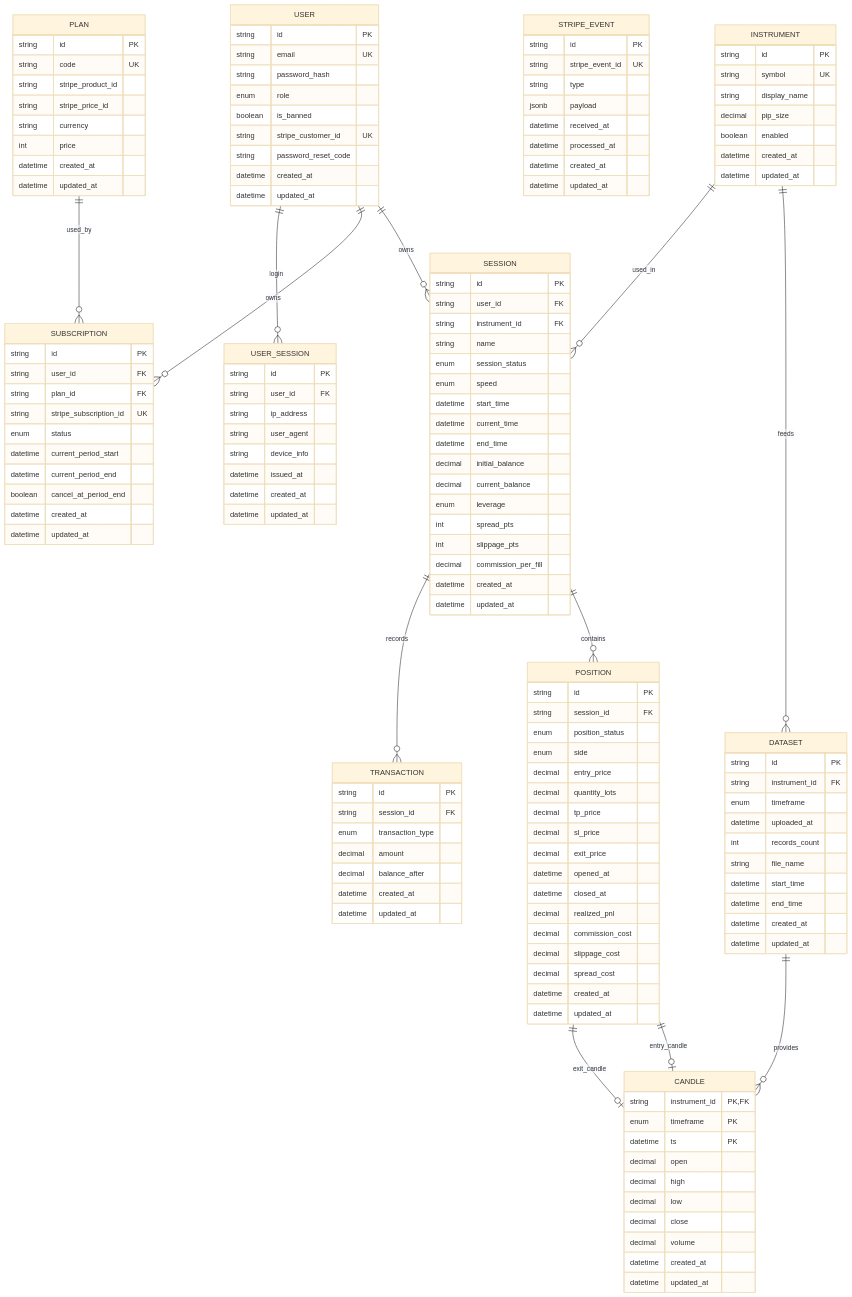
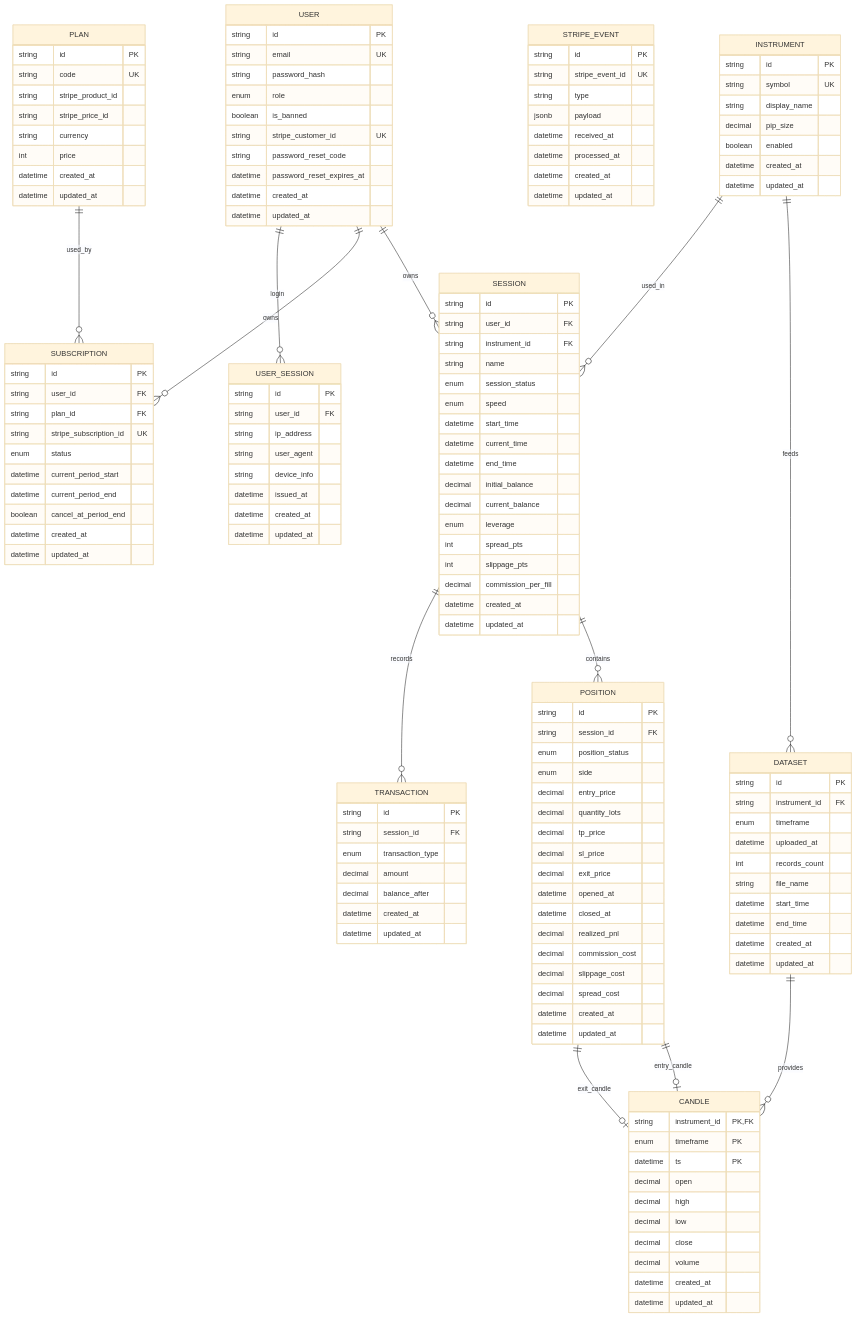
One commit to DamienReichhart/BackTrade changed the diagram in documentation/db/er-diagram.mmd. Above: the diagram before and after it, drawn with Mermaid (base theme). The commit also changed 18 other files, not shown here.

Commit message:
feat(api): add new password reset feature, send an email with the code, the user put the code and rese his password

```diff
--- a/documentation/db/er-diagram.mmd
+++ b/documentation/db/er-diagram.mmd
@@ -1,170 +1,171 @@
 erDiagram
     %% =========================
     %% ENUMS (defined in code)
     %% =========================
     %% role: ANONYMOUS | ADMIN
     %% session_status: RUNNING | PAUSED | ARCHIVED
     %% position_status: OPEN | CLOSED | LIQUIDATED
     %% timeframe: M1 | M5 | M10 | M15 | M30 | H1 | H2 | H4 | D1 | W1
     %% side: BUY | SELL
     %% speed: 0.5x | 1x | 2x | 3x | 5x | 10x | 15x
     %% leverage: 1x | 50x | 100x | 200x | 500x | 1000x
     %% transaction_type: DEPOSIT | WITHDRAWAL | COMMISSION | PNL | SLIPPAGE | SPREAD | ADJUSTMENT
 
     USER {
       string id PK
       string email UK
       string password_hash
       enum role
       boolean is_banned
       string stripe_customer_id UK
       string password_reset_code
+      datetime password_reset_expires_at
       datetime created_at
       datetime updated_at
     }
 
     USER_SESSION {
       string id PK
       string user_id FK
       string ip_address
       string user_agent
       string device_info
       datetime issued_at
       datetime created_at
       datetime updated_at
     }
 
     PLAN {
       string id PK
       string code UK
       string stripe_product_id
       string stripe_price_id
       string currency
       int price
       datetime created_at
       datetime updated_at
     }
 
     SUBSCRIPTION {
       string id PK
       string user_id FK
       string plan_id FK
       string stripe_subscription_id UK
       enum status
       datetime current_period_start
       datetime current_period_end
       boolean cancel_at_period_end
       datetime created_at
       datetime updated_at
     }
 
     STRIPE_EVENT {
       string id PK
       string stripe_event_id UK
       string type
       jsonb payload
       datetime received_at
       datetime processed_at
       datetime created_at
       datetime updated_at
     }
 
     INSTRUMENT {
       string id PK
       string symbol UK
       string display_name
       decimal pip_size
       boolean enabled
       datetime created_at
       datetime updated_at
     }
 
     DATASET {
       string id PK
       string instrument_id FK
       enum timeframe
       datetime uploaded_at
       int records_count
       string file_name
       datetime start_time
       datetime end_time
       datetime created_at
       datetime updated_at
     }
 
     CANDLE {
       string instrument_id PK, FK
       enum timeframe PK
       datetime ts PK
       decimal open
       decimal high
       decimal low
       decimal close
       decimal volume
       datetime created_at
       datetime updated_at
     }
 
     SESSION {
       string id PK
       string user_id FK
       string instrument_id FK
       string name
       enum session_status
       enum speed
       datetime start_time
       datetime current_time
       datetime end_time
       decimal initial_balance
       decimal current_balance
       enum leverage
       int spread_pts
       int slippage_pts
       decimal commission_per_fill
       datetime created_at
       datetime updated_at
     }
 
     POSITION {
       string id PK
       string session_id FK
       enum position_status
       enum side
       decimal entry_price
       decimal quantity_lots
       decimal tp_price
       decimal sl_price
       decimal exit_price
       datetime opened_at
       datetime closed_at
       decimal realized_pnl
       decimal commission_cost
       decimal slippage_cost
       decimal spread_cost
       datetime created_at
       datetime updated_at
     }
 
     TRANSACTION {
       string id PK
       string session_id FK
       enum transaction_type
       decimal amount
       decimal balance_after
       datetime created_at
       datetime updated_at
     }
 
 
 
     USER ||--o{ SESSION : "owns"
     USER ||--o{ SUBSCRIPTION : "owns"
     PLAN ||--o{ SUBSCRIPTION : "used_by"
     INSTRUMENT ||--o{ DATASET : "feeds"
     INSTRUMENT ||--o{ SESSION : "used_in"
     SESSION ||--o{ POSITION : "contains"
     DATASET ||--o{ CANDLE : "provides"
     SESSION ||--o{ TRANSACTION : "records"
     USER ||--o{ USER_SESSION : "login"
     POSITION ||--o| CANDLE : "entry_candle"
     POSITION ||--o| CANDLE : "exit_candle"
```
